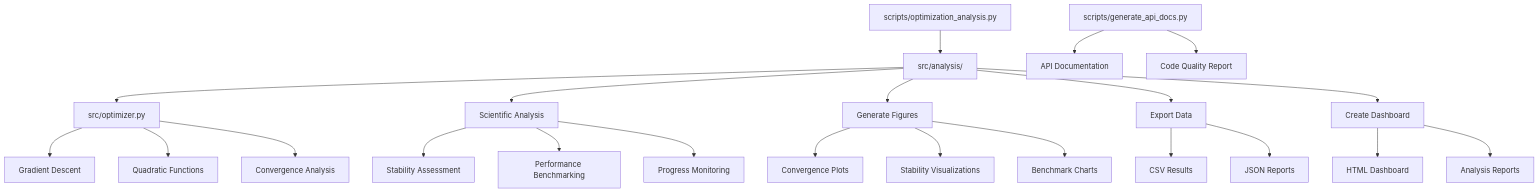
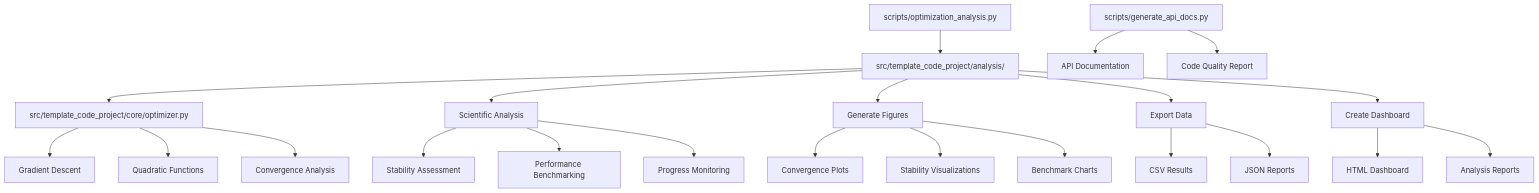
The diagram in projects/templates/template_code_project/README.md (docxology/template), drawn with Mermaid before and after one commit. The commit also changed other lines of this file and 775 other files, not shown here.

````diff
--- a/projects/templates/template_code_project/README.md
+++ b/projects/templates/template_code_project/README.md
@@ -206,30 +206,30 @@
 ```mermaid
 graph TD
-    A[scripts/optimization_analysis.py] --> B[src/analysis/]
-    B --> C[src/optimizer.py]
+    A[scripts/optimization_analysis.py] --> B[src/template_code_project/analysis/]
+    B --> C[src/template_code_project/core/optimizer.py]
     B --> D[Scientific Analysis]
     B --> E[Generate Figures]
     B --> F[Export Data]
     B --> G[Create Dashboard]
 
     AA[scripts/generate_api_docs.py] --> AB[API Documentation]
     AA --> AC[Code Quality Report]
 
     C --> H[Gradient Descent]
     C --> I[Quadratic Functions]
     C --> J[Convergence Analysis]
 
     D --> K[Stability Assessment]
     D --> L[Performance Benchmarking]
     D --> M[Progress Monitoring]
 
     E --> N[Convergence Plots]
     E --> O[Stability Visualizations]
     E --> P[Benchmark Charts]
 
     G --> Q[HTML Dashboard]
     G --> R[Analysis Reports]
 
     F --> S[CSV Results]
     F --> T[JSON Reports]
 ```
````
